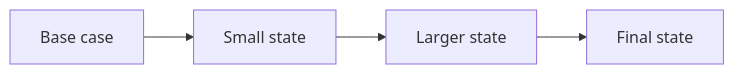
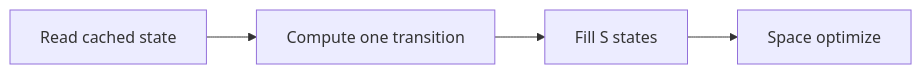
Before and after one commit to 9999dude/omega: the second of 16 diagrams in docs/datastructures/dynamic-programming.md, drawn with Mermaid. The commit also changed other lines of this file and 58 other files, not shown here.

````diff
--- a/docs/datastructures/dynamic-programming.md
+++ b/docs/datastructures/dynamic-programming.md
@@ -285,6 +58,7 @@
 ```mermaid
 flowchart LR
-    A["Base case"] --> B["Small state"]
-    B --> C["Larger state"]
-    C --> D["Final state"]
+    A0["Read cached state"]
+    A0 --> A1["Compute one transition"]
+    A1 --> A2["Fill S states"]
+    A2 --> A3["Space optimize"]
 ```
````
